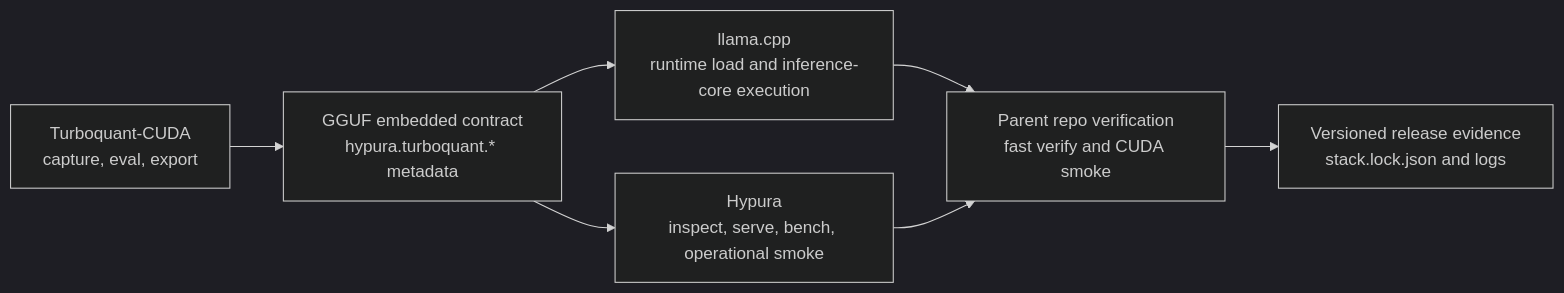
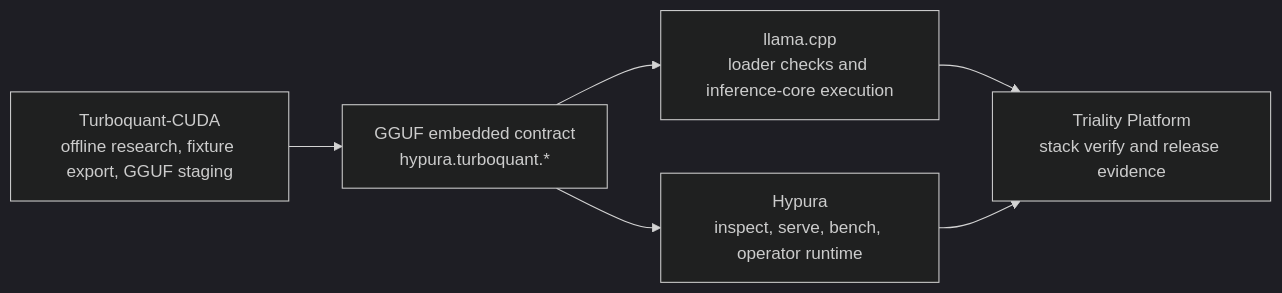
One commit to zapabob/triality-platform changed the diagram in README.md. Above: the diagram before and after it, drawn with Mermaid (dark theme). The commit also changed other lines of this file and 5 other files, not shown here.

````diff
--- a/README.md
+++ b/README.md
@@ -64,9 +57,8 @@
 ```mermaid
 flowchart LR
-    A["Turboquant-CUDA<br/>capture, eval, export"] --> B["GGUF embedded contract<br/>hypura.turboquant.* metadata"]
-    B --> C["llama.cpp<br/>runtime load and inference-core execution"]
-    B --> D["Hypura<br/>inspect, serve, bench, operational smoke"]
-    C --> E["Parent repo verification<br/>fast verify and CUDA smoke"]
+    A["Turboquant-CUDA<br/>offline research, fixture export, GGUF staging"] --> B["GGUF embedded contract<br/>hypura.turboquant.*"]
+    B --> C["llama.cpp<br/>loader checks and inference-core execution"]
+    B --> D["Hypura<br/>inspect, serve, bench, operator runtime"]
+    C --> E["Triality Platform<br/>stack verify and release evidence"]
     D --> E
-    E --> F["Versioned release evidence<br/>stack.lock.json and logs"]
 ```
````
